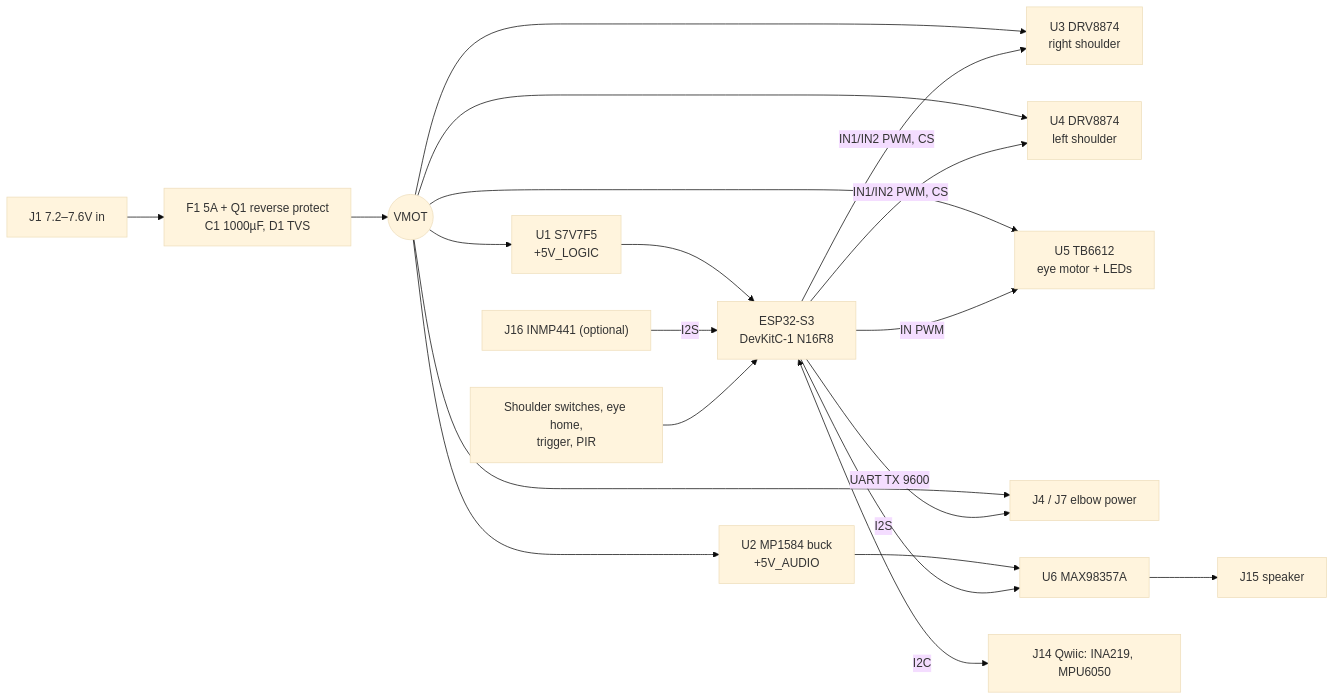
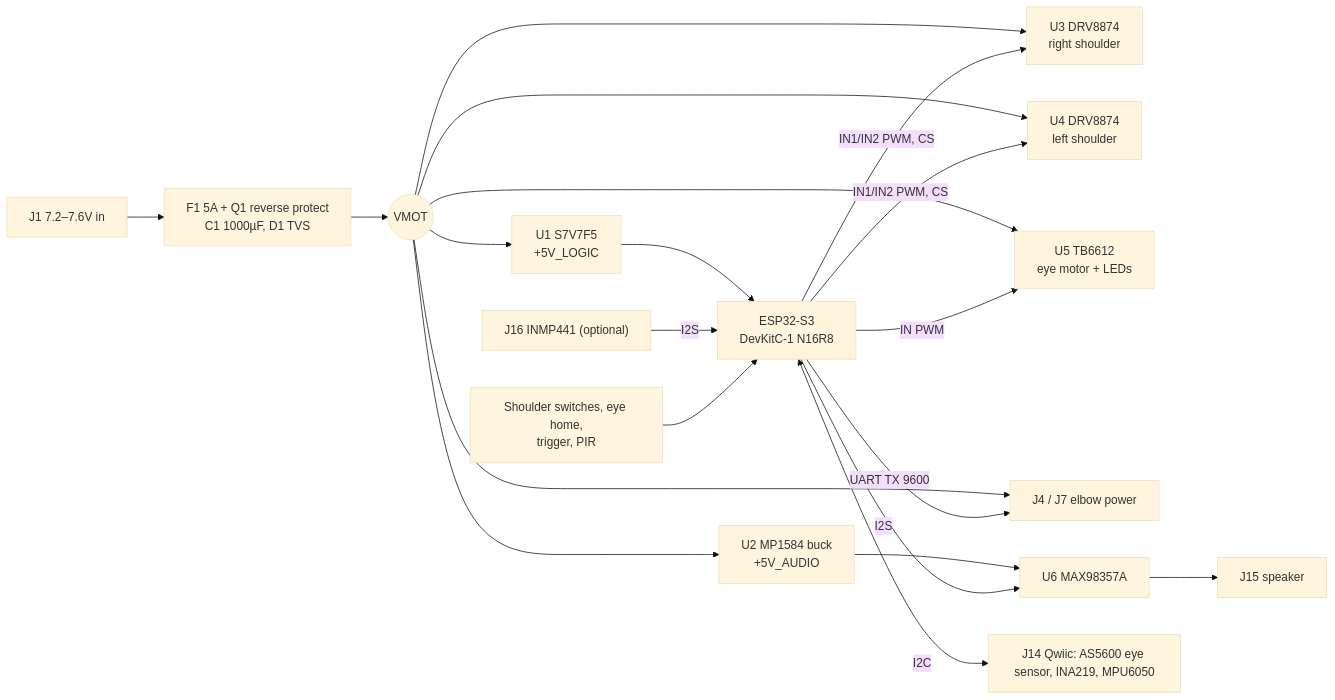
Before and after one commit to tombatron/freddy-animatronic: the diagram in docs/phase2-pcb.md, drawn with Mermaid (base theme). The commit also changed other lines of this file and 7 other files, not shown here.

````diff
--- a/docs/phase2-pcb.md
+++ b/docs/phase2-pcb.md
@@ -33,20 +33,20 @@
 ```mermaid
 flowchart LR
     J1["J1 7.2–7.6V in"] --> F1["F1 5A + Q1 reverse protect<br/>C1 1000µF, D1 TVS"]
     F1 --> VMOT(("VMOT"))
     VMOT --> U1["U1 S7V7F5<br/>+5V_LOGIC"]
     VMOT --> U2["U2 MP1584 buck<br/>+5V_AUDIO"]
     VMOT --> U3["U3 DRV8874<br/>right shoulder"]
     VMOT --> U4["U4 DRV8874<br/>left shoulder"]
     VMOT --> U5["U5 TB6612<br/>eye motor + LEDs"]
     VMOT --> EL["J4 / J7 elbow power"]
     U1 --> ESP["ESP32-S3<br/>DevKitC-1 N16R8"]
     U2 --> AMP["U6 MAX98357A"] --> SPK["J15 speaker"]
     ESP -- "IN1/IN2 PWM, CS" --> U3 & U4
     ESP -- "IN PWM" --> U5
     ESP -- "UART TX 9600" --> EL
     ESP -- "I2S" --> AMP
     MIC["J16 INMP441 (optional)"] -- I2S --> ESP
     SW["Shoulder switches, eye home,<br/>trigger, PIR"] --> ESP
-    ESP <-- I2C --> Q["J14 Qwiic: INA219, MPU6050"]
+    ESP <-- I2C --> Q["J14 Qwiic: AS5600 eye sensor, INA219, MPU6050"]
 ```
````
